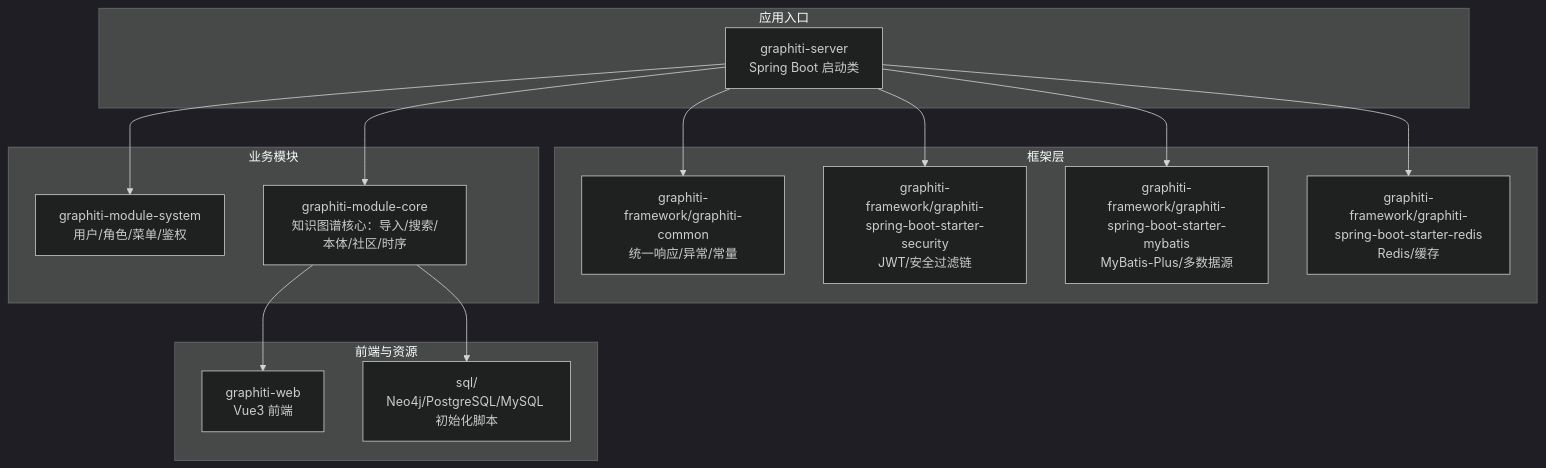
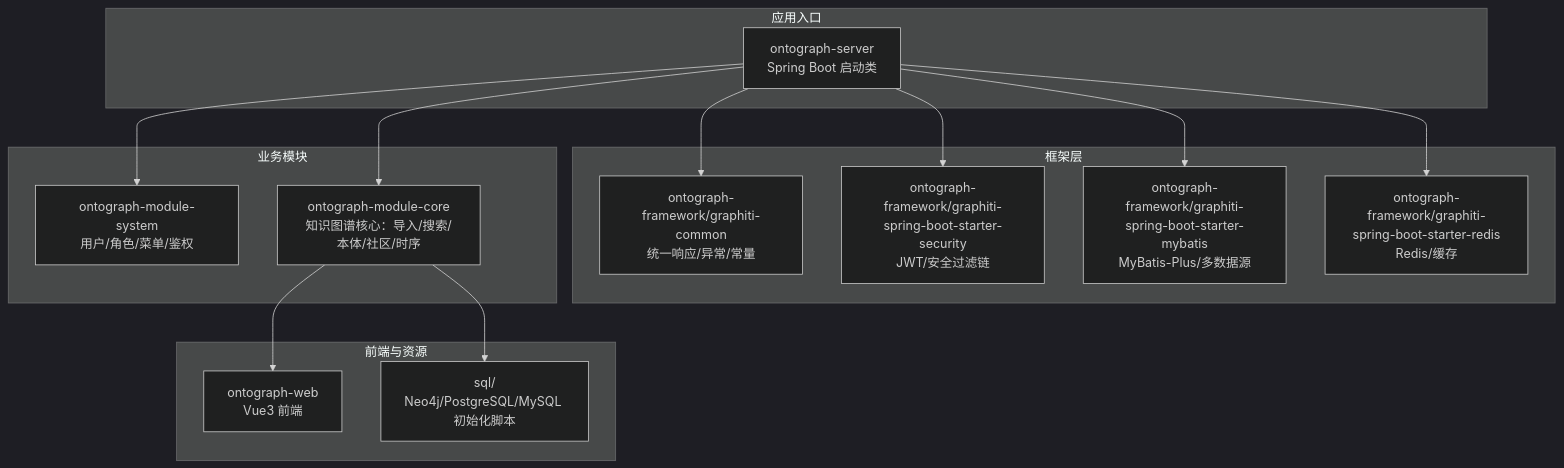
The first of 8 diagrams in docs/manual/最佳实践/最佳实践.md (joezxh/graphiti-java), drawn with Mermaid (dark theme) before and after one commit. The commit also changed other lines of this file and 200 other files, not shown here.

````diff
--- a/docs/manual/最佳实践/最佳实践.md
+++ b/docs/manual/最佳实践/最佳实践.md
@@ -40,28 +40,28 @@
 ```mermaid
 graph TB
 subgraph "应用入口"
-S["graphiti-server<br/>Spring Boot 启动类"]
+S["ontograph-server<br/>Spring Boot 启动类"]
 end
 subgraph "框架层"
-F1["graphiti-framework/graphiti-common<br/>统一响应/异常/常量"]
-F2["graphiti-framework/graphiti-spring-boot-starter-security<br/>JWT/安全过滤链"]
-F3["graphiti-framework/graphiti-spring-boot-starter-mybatis<br/>MyBatis-Plus/多数据源"]
-F4["graphiti-framework/graphiti-spring-boot-starter-redis<br/>Redis/缓存"]
+F1["ontograph-framework/graphiti-common<br/>统一响应/异常/常量"]
+F2["ontograph-framework/graphiti-spring-boot-starter-security<br/>JWT/安全过滤链"]
+F3["ontograph-framework/graphiti-spring-boot-starter-mybatis<br/>MyBatis-Plus/多数据源"]
+F4["ontograph-framework/graphiti-spring-boot-starter-redis<br/>Redis/缓存"]
 end
 subgraph "业务模块"
-M1["graphiti-module-system<br/>用户/角色/菜单/鉴权"]
-M2["graphiti-module-core<br/>知识图谱核心：导入/搜索/本体/社区/时序"]
+M1["ontograph-module-system<br/>用户/角色/菜单/鉴权"]
+M2["ontograph-module-core<br/>知识图谱核心：导入/搜索/本体/社区/时序"]
 end
 subgraph "前端与资源"
-W["graphiti-web<br/>Vue3 前端"]
+W["ontograph-web<br/>Vue3 前端"]
 SQL["sql/<br/>Neo4j/PostgreSQL/MySQL 初始化脚本"]
 end
 S --> F1
 S --> F2
 S --> F3
 S --> F4
 S --> M1
 S --> M2
 M2 --> W
 M2 --> SQL
 ```
````
